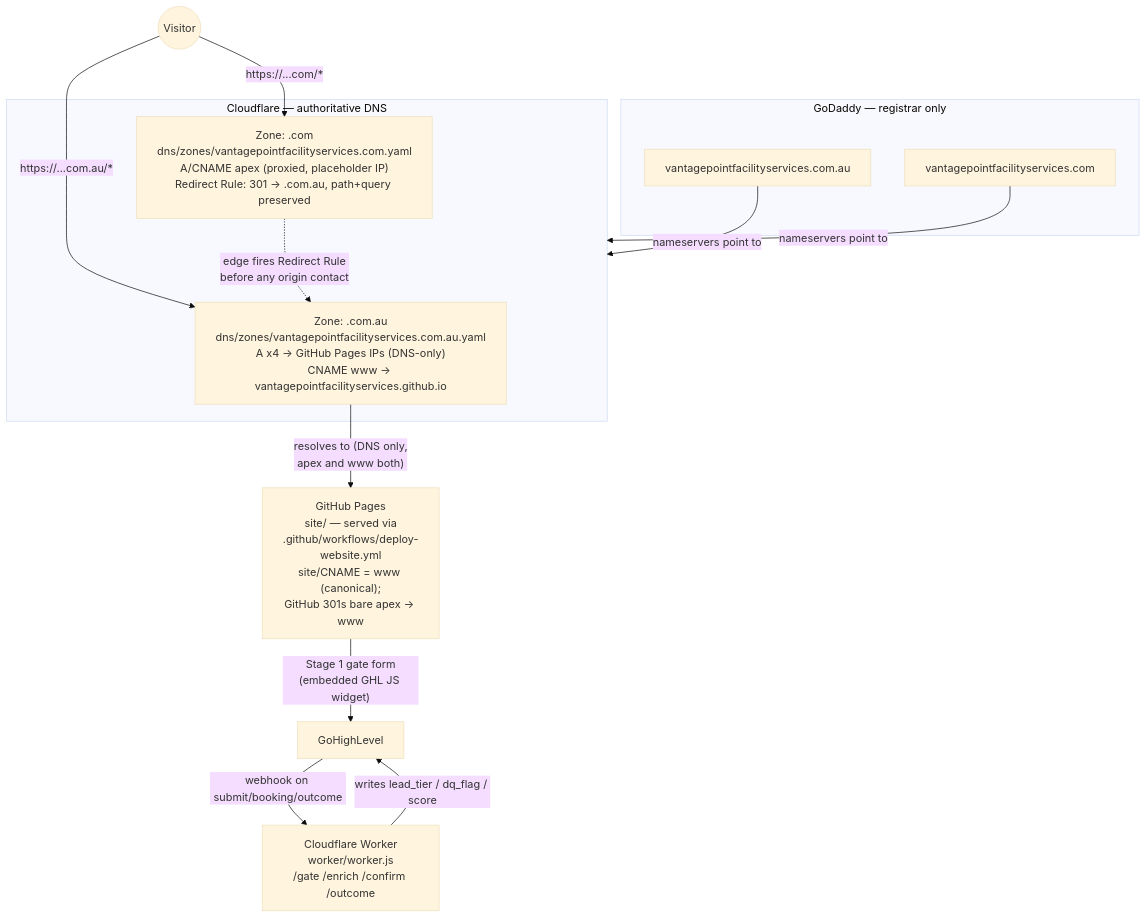
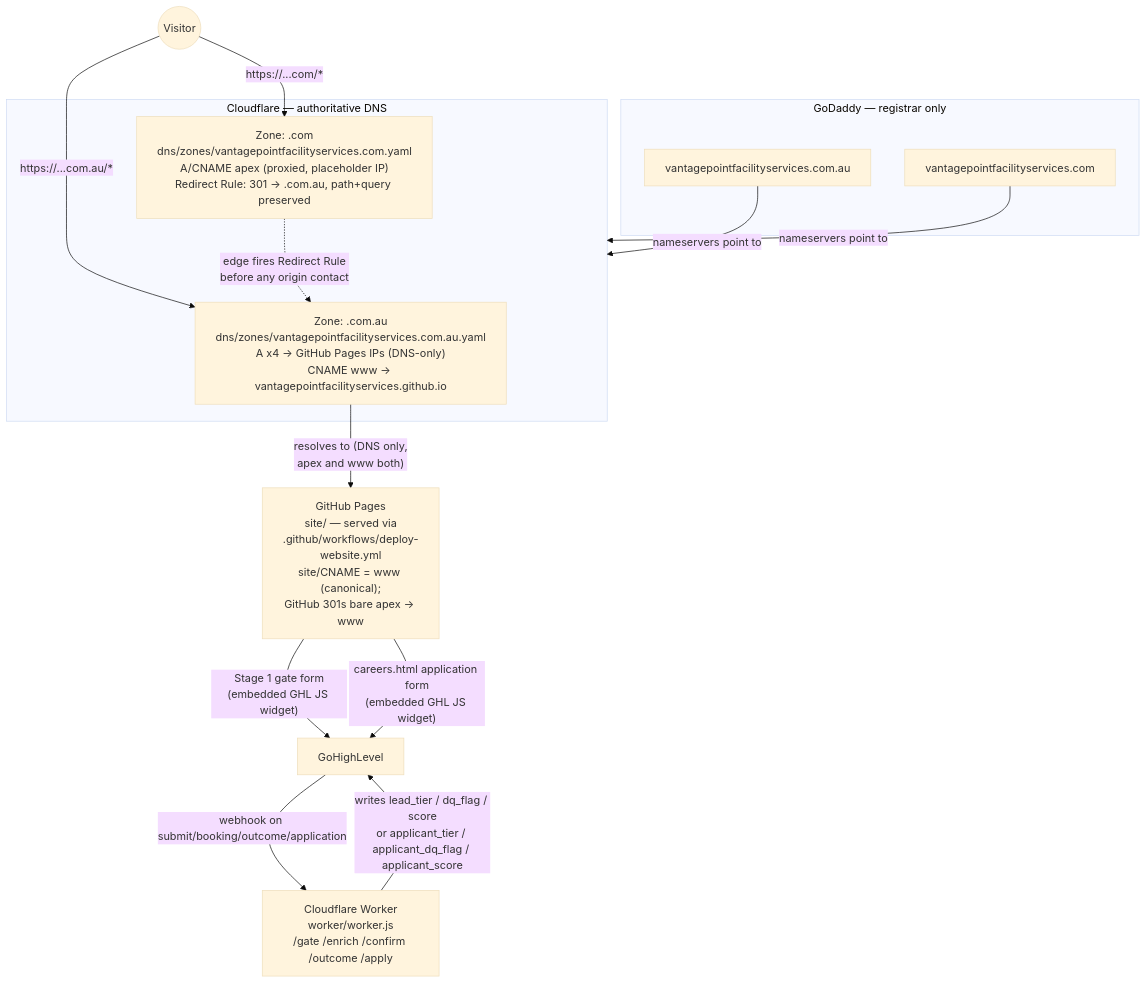
The first of 3 diagrams in docs/ARCHITECTURE.md (VantagePointFacilityServices/vpfs-website), drawn with Mermaid (base theme) before and after one commit. The commit also changed other lines of this file and 2 other files, not shown here.

Commit message:
Document careers/apply flow in README and ARCHITECTURE, add renewal-date tests
README and ARCHITECTURE hadn't caught up to the careers.html page and the
Worker's /apply endpoint shipped in earlier commits. Also adds test
coverage for monthsUntilContractRenewal, which existed but was untested.

Claude-Session: https://claude.ai/code/session_01JcfZWqqtHrEHuaXC675R4S

````diff
--- a/docs/ARCHITECTURE.md
+++ b/docs/ARCHITECTURE.md
@@ -15,24 +15,25 @@
 ```mermaid
 flowchart TD
     subgraph GD["GoDaddy — registrar only"]
         D1["vantagepointfacilityservices.com.au"]
         D2["vantagepointfacilityservices.com"]
     end
 
     D1 -- "nameservers point to" --> CF
     D2 -- "nameservers point to" --> CF
 
     subgraph CF["Cloudflare — authoritative DNS"]
         Z1["Zone: .com.au\ndns/zones/vantagepointfacilityservices.com.au.yaml\nA x4 -> GitHub Pages IPs (DNS-only)\nCNAME www -> vantagepointfacilityservices.github.io"]
         Z2["Zone: .com\ndns/zones/vantagepointfacilityservices.com.yaml\nA/CNAME apex (proxied, placeholder IP)\nRedirect Rule: 301 -> .com.au, path+query preserved"]
     end
 
     Visitor(("Visitor")) -- "https://...com.au/*" --> Z1
     Visitor -- "https://...com/*" --> Z2
     Z2 -. "edge fires Redirect Rule\nbefore any origin contact" .-> Z1
     Z1 -- "resolves to (DNS only,\napex and www both)" --> GHP["GitHub Pages\nsite/ — served via\n.github/workflows/deploy-website.yml\nsite/CNAME = www (canonical);\nGitHub 301s bare apex -> www"]
 
     GHP -- "Stage 1 gate form\n(embedded GHL JS widget)" --> GHL["GoHighLevel"]
-    GHL -- "webhook on submit/booking/outcome" --> W["Cloudflare Worker\nworker/worker.js\n/gate /enrich /confirm /outcome"]
-    W -- "writes lead_tier / dq_flag / score" --> GHL
+    GHP -- "careers.html application form\n(embedded GHL JS widget)" --> GHL
+    GHL -- "webhook on submit/booking/outcome/application" --> W["Cloudflare Worker\nworker/worker.js\n/gate /enrich /confirm /outcome /apply"]
+    W -- "writes lead_tier / dq_flag / score\nor applicant_tier / applicant_dq_flag / applicant_score" --> GHL
 ```
````
